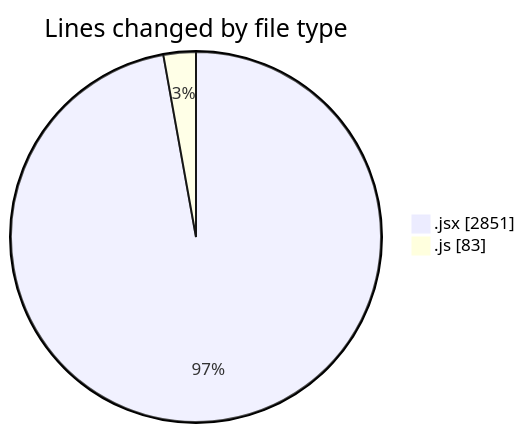
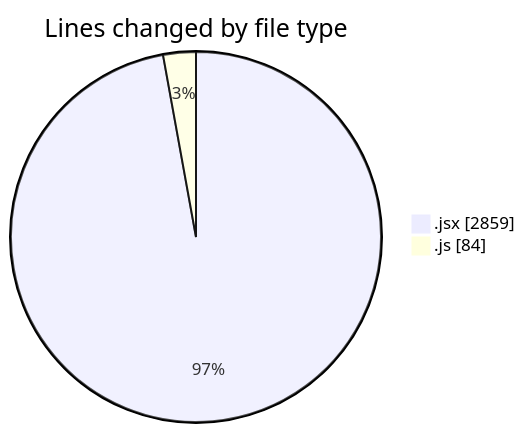
Before and after one commit to nxtqubesakshisongat/code-tracking: the first of 2 diagrams in 2025-06-21/nxtqube_webapp/README.md, drawn with Mermaid. The commit also changed other lines of this file and 1 other file, not shown here.

````diff
--- a/2025-06-21/nxtqube_webapp/README.md
+++ b/2025-06-21/nxtqube_webapp/README.md
@@ -23,6 +23,6 @@
 ```mermaid
 pie showData
 title Lines changed by file type
-".jsx" : 2851
-".js" : 83
+".jsx" : 2859
+".js" : 84
 ```
````
